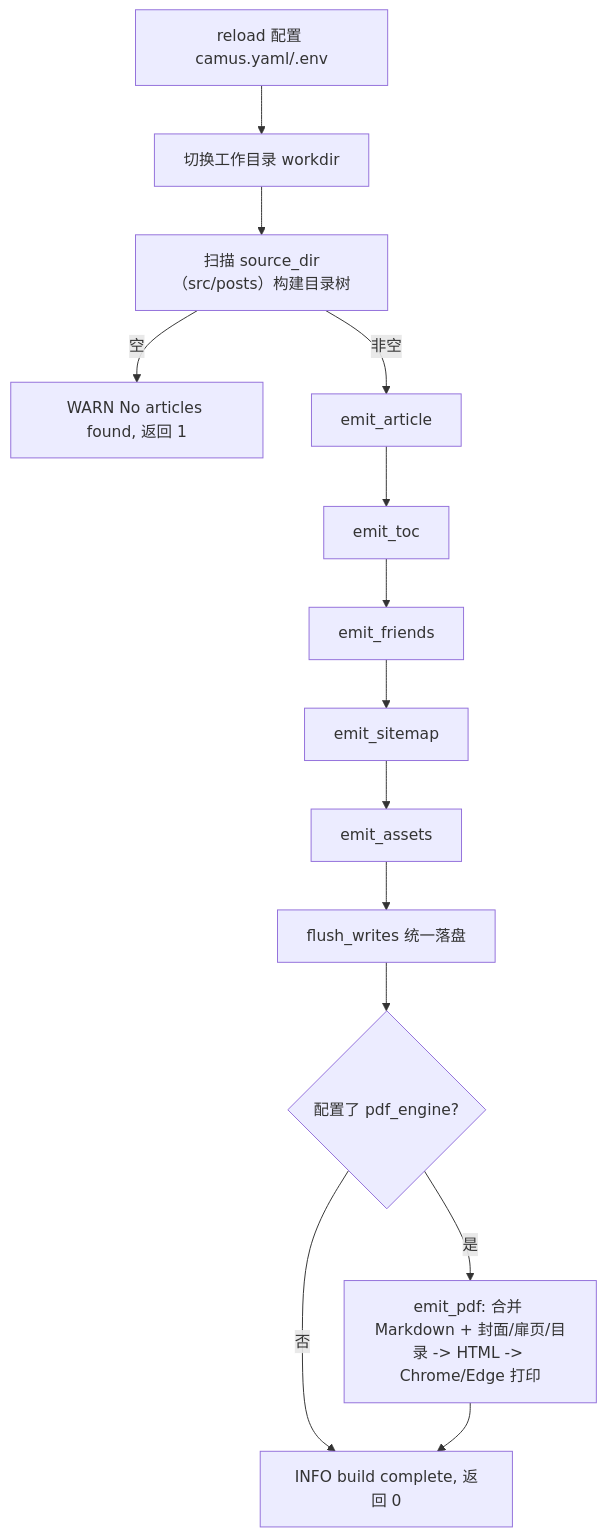
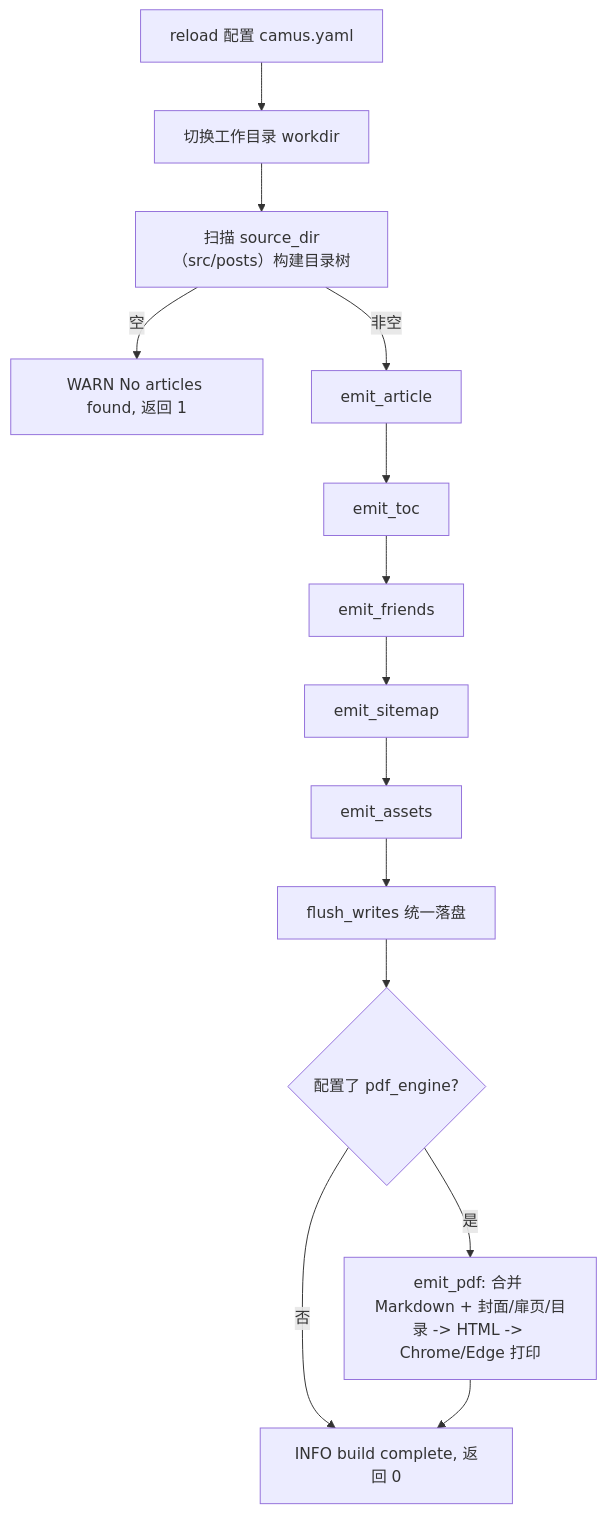
One commit to o8x/camus changed the diagram in docs/prd/01-overview.md. Above: the diagram before and after it, drawn with Mermaid. The commit also changed 18 other files, not shown here.

Commit message:
refactor: flatten camus config and remove .env support

````diff
--- a/docs/prd/01-overview.md
+++ b/docs/prd/01-overview.md
@@ -49,16 +49,16 @@
 ```mermaid
 flowchart TD
-    A[reload 配置 camus.yaml/.env] --> B[切换工作目录 workdir]
+    A[reload 配置 camus.yaml] --> B[切换工作目录 workdir]
     B --> C[扫描 source_dir（src/posts）构建目录树]
     C -->|空| W[WARN No articles found, 返回 1]
     C -->|非空| D[emit_article]
     D --> E[emit_toc]
     E --> F[emit_friends]
     F --> G[emit_sitemap]
     G --> H[emit_assets]
     H --> I[flush_writes 统一落盘]
     I --> P{配置了 pdf_engine?}
     P -->|是| Q[emit_pdf: 合并 Markdown + 封面/扉页/目录 -> HTML -> Chrome/Edge 打印]
     P -->|否| J
     Q --> J[INFO build complete, 返回 0]
 ```
````
